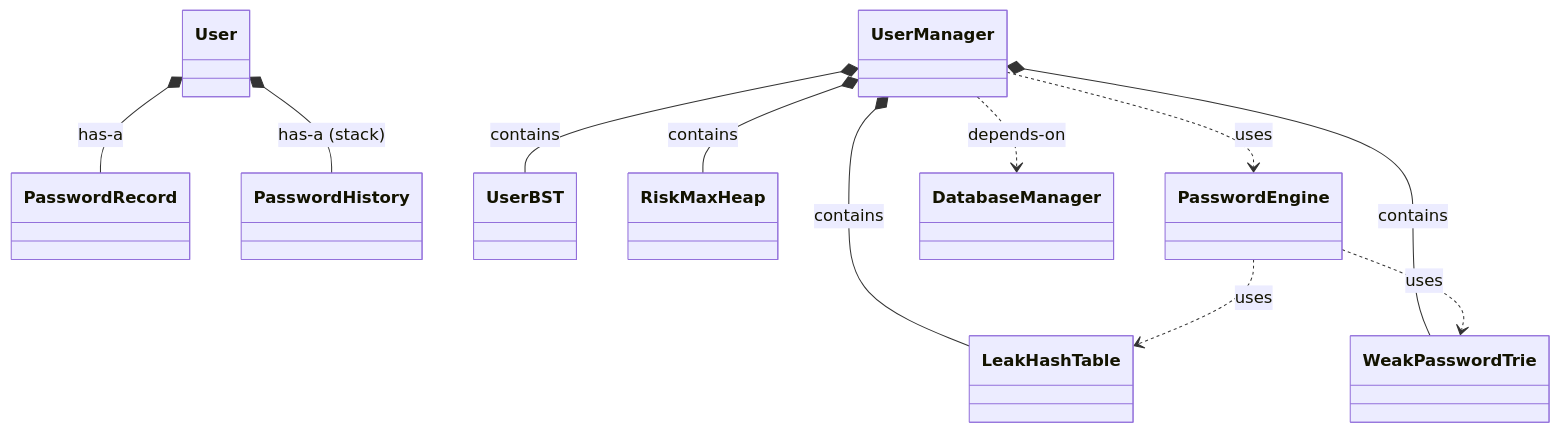
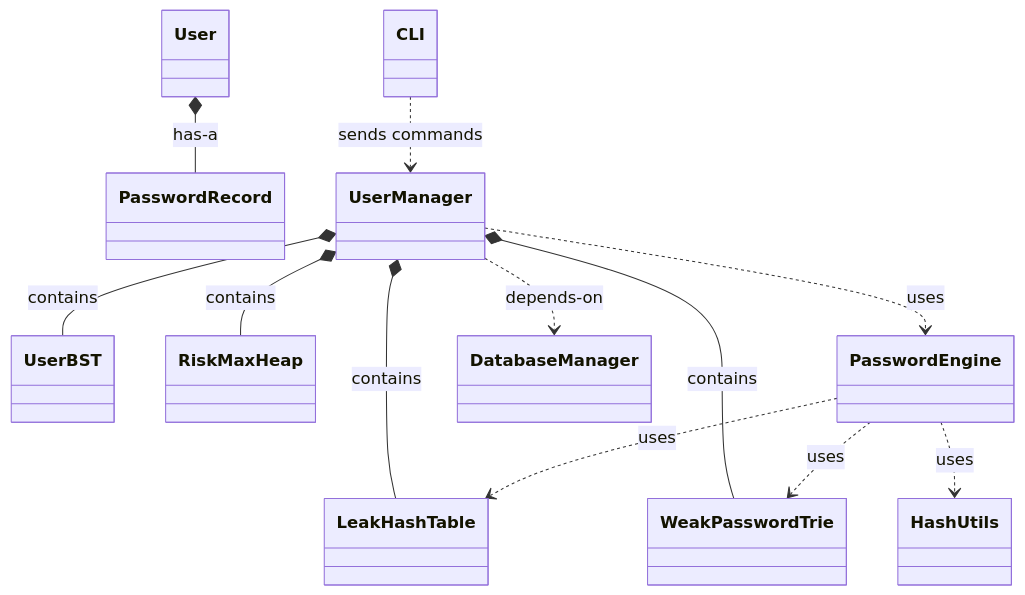
One commit to hamzaali-712/MBPLDS-DSA-Project- changed the diagram in docs/class_diagram.md. Above: the diagram before and after it, drawn with Mermaid. The commit also changed 6 other files, not shown here.

Commit message:
Complete overhaul of documentation: Update all algorithms, architecture diagrams, testing strategies, and assign proper team roles

````diff
--- a/docs/class_diagram.md
+++ b/docs/class_diagram.md
@@ -3,24 +3,29 @@
 ```mermaid
 classDiagram
     class User
     class PasswordRecord
-    class PasswordHistory
     class UserManager
     class UserBST
     class LeakHashTable
     class WeakPasswordTrie
     class RiskMaxHeap
     class PasswordEngine
+    class HashUtils
     class DatabaseManager
+    class CLI
 
     User *-- PasswordRecord : has-a
-    User *-- PasswordHistory : has-a (stack<PasswordRecord>)
     UserManager *-- UserBST : contains
     UserManager *-- LeakHashTable : contains
     UserManager *-- WeakPasswordTrie : contains
     UserManager *-- RiskMaxHeap : contains
+    
     UserManager ..> PasswordEngine : uses
     UserManager ..> DatabaseManager : depends-on
+    
     PasswordEngine ..> LeakHashTable : uses
     PasswordEngine ..> WeakPasswordTrie : uses
+    PasswordEngine ..> HashUtils : uses
+    
+    CLI ..> UserManager : sends commands
 ```
````
